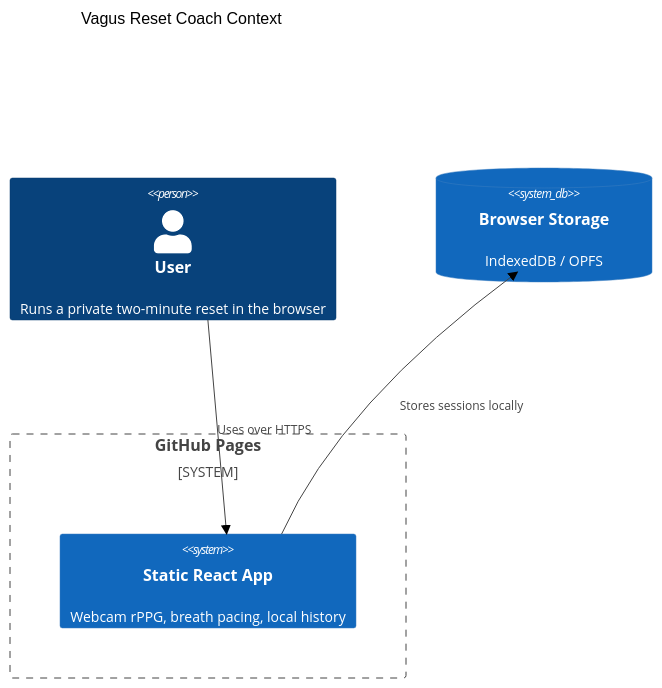
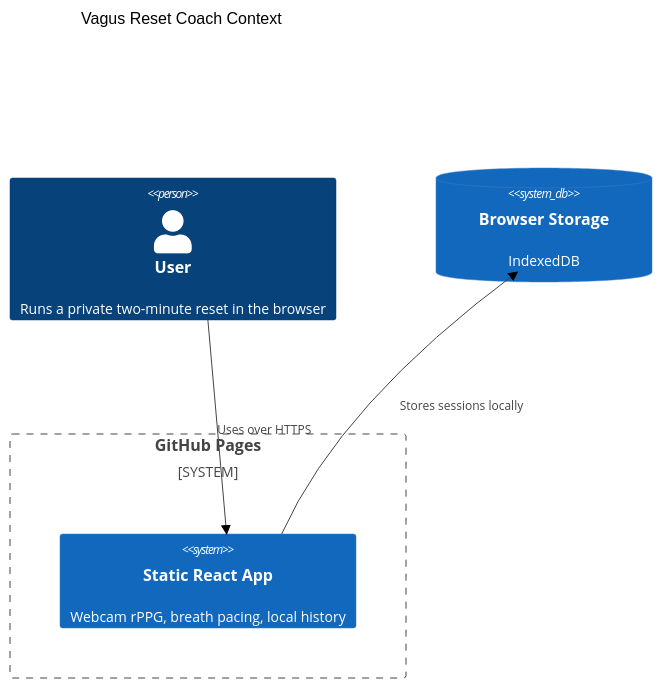
The first of 2 diagrams in docs/architecture.md (baditaflorin/vagus-reset-coach), drawn with Mermaid (neutral theme) before and after one commit. The commit also changed other lines of this file and 16 other files, not shown here.

````diff
--- a/docs/architecture.md
+++ b/docs/architecture.md
@@ -9,11 +9,11 @@
 ```mermaid
 C4Context
   title Vagus Reset Coach Context
   Person(user, "User", "Runs a private two-minute reset in the browser")
   System_Boundary(pages, "GitHub Pages") {
     System(app, "Static React App", "Webcam rPPG, breath pacing, local history")
   }
-  SystemDb(local, "Browser Storage", "IndexedDB / OPFS")
+  SystemDb(local, "Browser Storage", "IndexedDB")
   Rel(user, app, "Uses over HTTPS")
   Rel(app, local, "Stores sessions locally")
 ```
````
